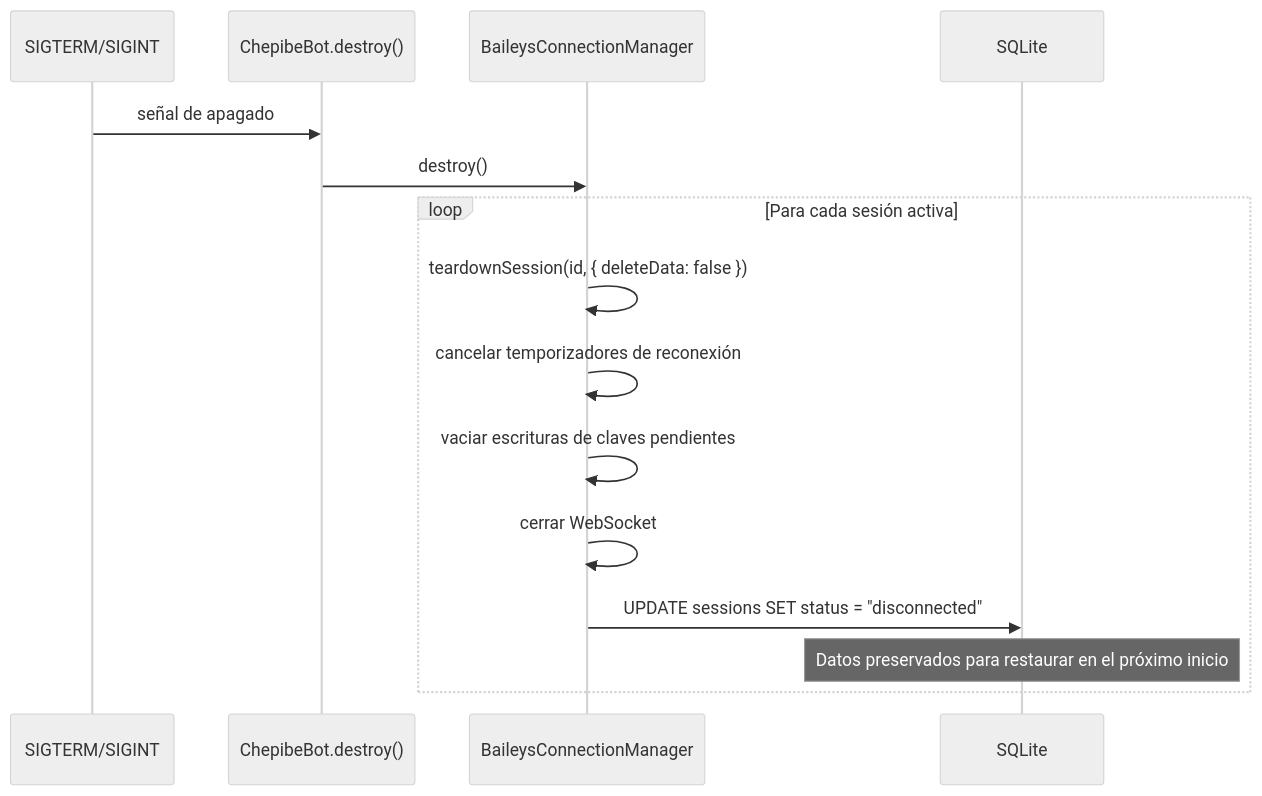
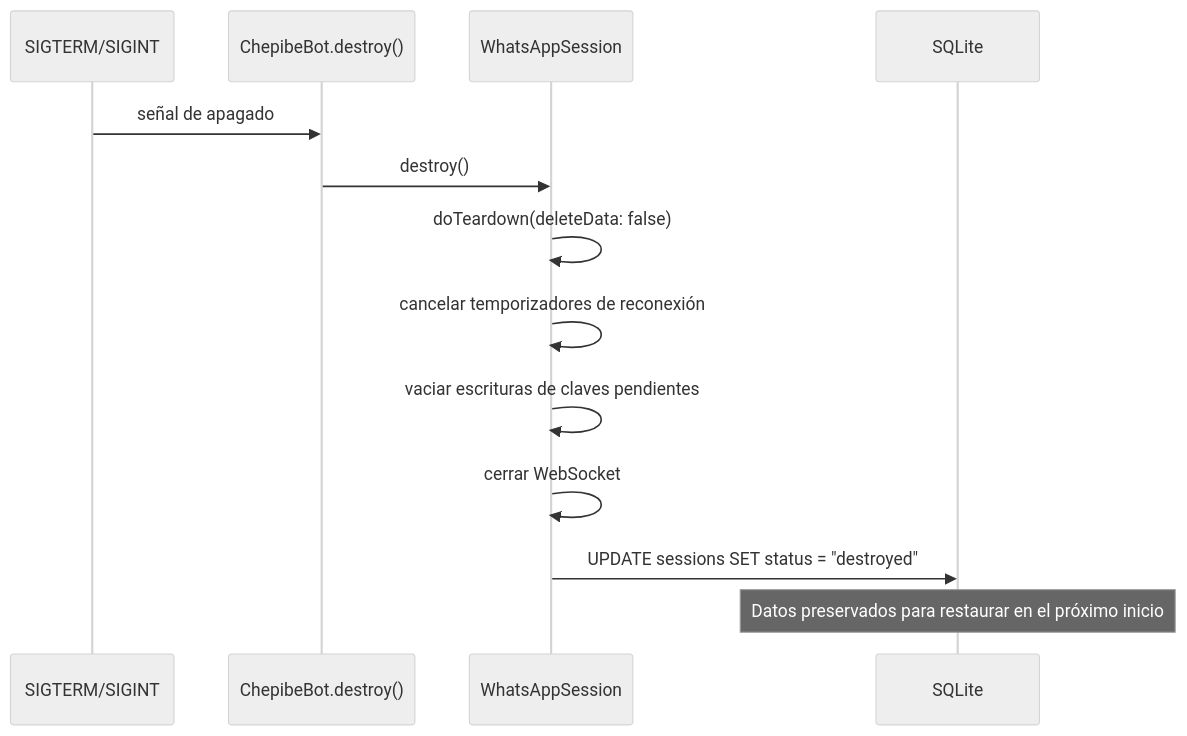
Before and after one commit to Fibra-Labs/chepibe-personal: the ninth of 9 diagrams in docs/whatsapp-session-lifecycle.md, drawn with Mermaid (neutral theme). The commit also changed other lines of this file and 41 other files, not shown here.

First line of the commit message:
refactor(types): SessionStatus enum, Baileys namespace, StateMachineAction

````diff
--- a/docs/whatsapp-session-lifecycle.md
+++ b/docs/whatsapp-session-lifecycle.md
@@ -233,18 +222,16 @@
 ```mermaid
 sequenceDiagram
     participant SIG as SIGTERM/SIGINT
     participant BOT as ChepibeBot.destroy()
-    participant MGR as BaileysConnectionManager
+    participant WS as WhatsAppSession
     participant DB as SQLite
 
     SIG->>BOT: señal de apagado
-    BOT->>MGR: destroy()
-    loop Para cada sesión activa
-        MGR->>MGR: teardownSession(id, { deleteData: false })
-        MGR->>MGR: cancelar temporizadores de reconexión
-        MGR->>MGR: vaciar escrituras de claves pendientes
-        MGR->>MGR: cerrar WebSocket
-        MGR->>DB: UPDATE sessions SET status = "disconnected"
-        Note over DB: Datos preservados para restaurar en el próximo inicio
-    end
+    BOT->>WS: destroy()
+    WS->>WS: doTeardown(deleteData: false)
+    WS->>WS: cancelar temporizadores de reconexión
+    WS->>WS: vaciar escrituras de claves pendientes
+    WS->>WS: cerrar WebSocket
+    WS->>DB: UPDATE sessions SET status = "destroyed"
+    Note over DB: Datos preservados para restaurar en el próximo inicio
 ```
````
